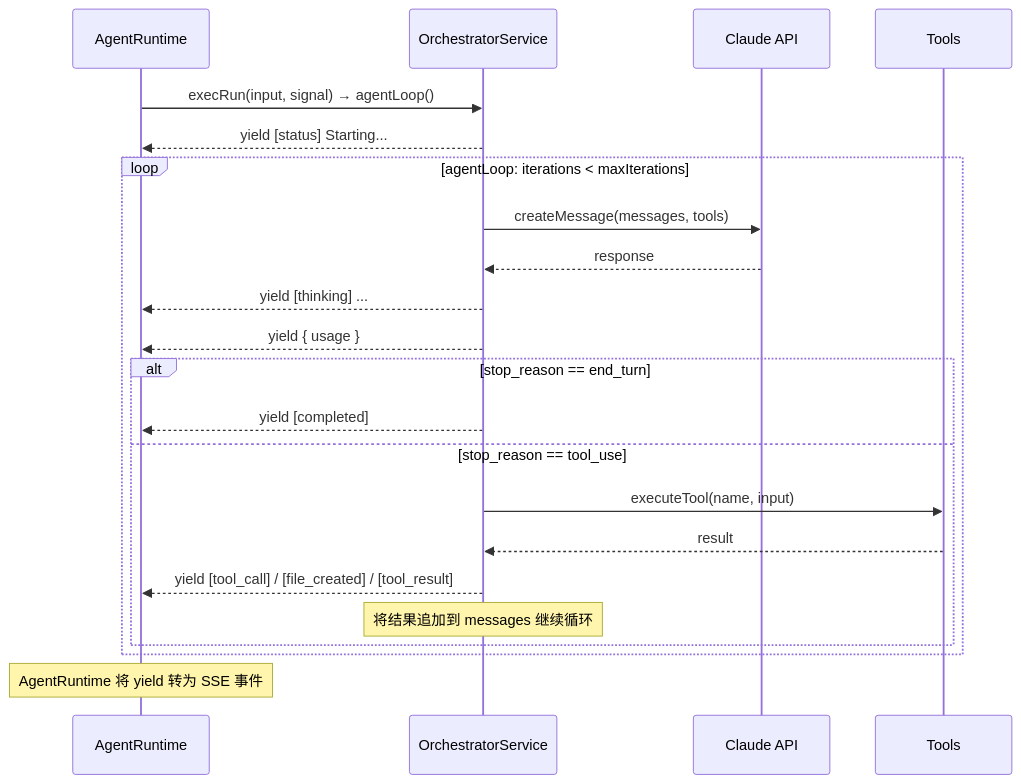
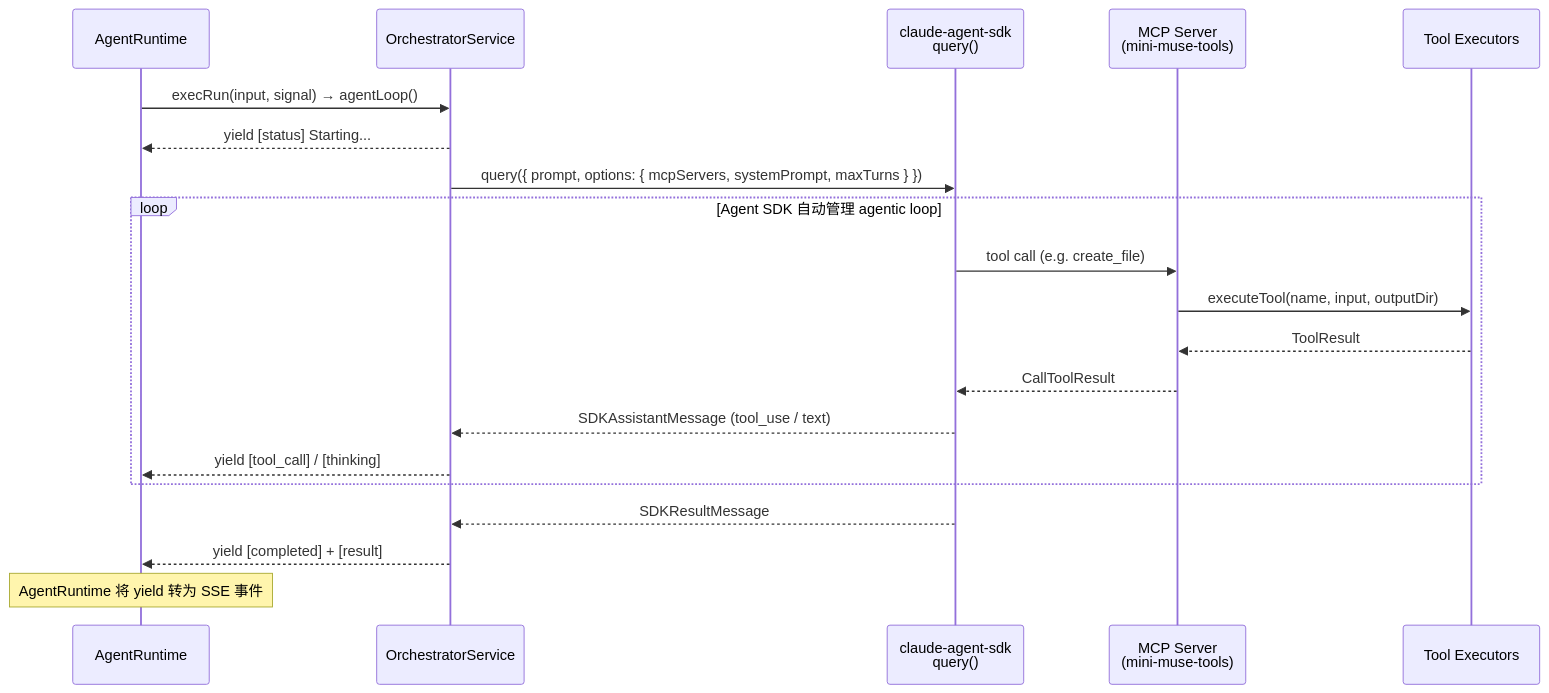
One commit to eggjs/agent-examples changed the second of 3 diagrams in mini-muse/docs/design.md. Above: the diagram before and after it, drawn with Mermaid. The commit also changed other lines of this file and 5 other files, not shown here.

First line of the commit message:
refactor: migrate from @anthropic-ai/sdk to @anthropic-ai/claude-agent-sdk

````diff
--- a/mini-muse/docs/design.md
+++ b/mini-muse/docs/design.md
@@ -153,28 +152,26 @@
 ```mermaid
 sequenceDiagram
     participant C as AgentRuntime
     participant O as OrchestratorService
-    participant AI as Claude API
-    participant T as Tools
+    participant SDK as claude-agent-sdk<br/>query()
+    participant MCP as MCP Server<br/>(mini-muse-tools)
+    participant T as Tool Executors
 
     C->>O: execRun(input, signal) → agentLoop()
     O-->>C: yield [status] Starting...
+    O->>SDK: query({ prompt, options: { mcpServers, systemPrompt, maxTurns } })
 
-    loop agentLoop: iterations < maxIterations
-        O->>AI: createMessage(messages, tools)
-        AI-->>O: response
-        O-->>C: yield [thinking] ...
-        O-->>C: yield { usage }
+    loop Agent SDK 自动管理 agentic loop
+        SDK->>MCP: tool call (e.g. create_file)
+        MCP->>T: executeTool(name, input, outputDir)
+        T-->>MCP: ToolResult
+        MCP-->>SDK: CallToolResult
+        SDK-->>O: SDKAssistantMessage (tool_use / text)
+        O-->>C: yield [tool_call] / [thinking]
+    end
 
-        alt stop_reason == end_turn
-            O-->>C: yield [completed]
-        else stop_reason == tool_use
-            O->>T: executeTool(name, input)
-            T-->>O: result
-            O-->>C: yield [tool_call] / [file_created] / [tool_result]
-            Note over O: 将结果追加到 messages 继续循环
-        end
-    end
+    SDK-->>O: SDKResultMessage
+    O-->>C: yield [completed] + [result]
 
     Note over C: AgentRuntime 将 yield 转为 SSE 事件
 ```
````
